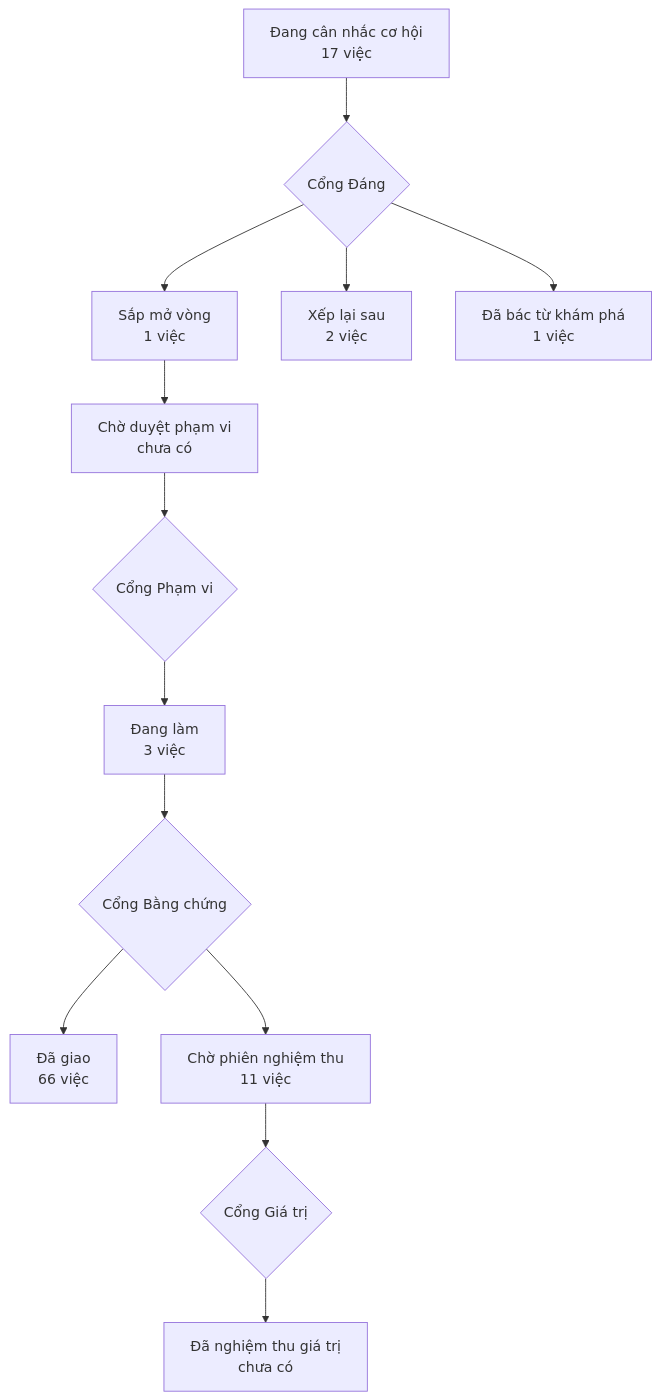
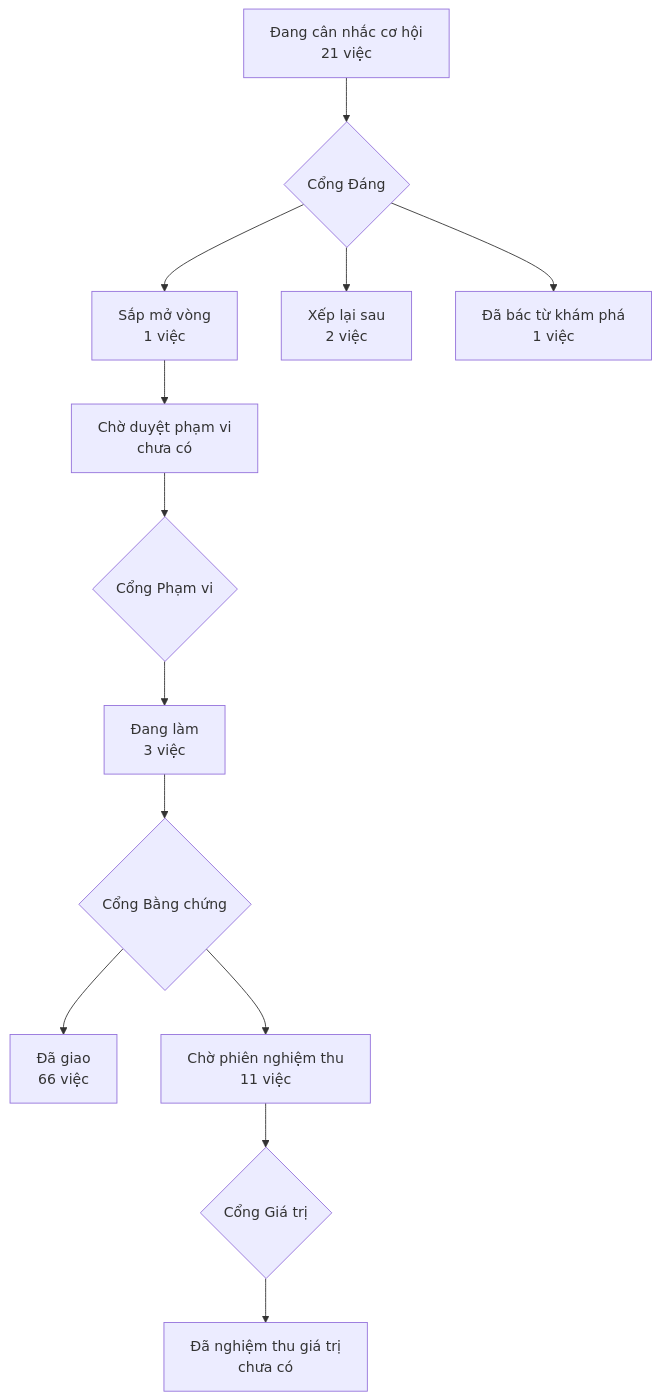
The diagram in PRODUCT-MAP.md (phanlemanh/acceptance-gate-kit), drawn with Mermaid before and after one commit. The commit also changed other lines of this file and 9 other files, not shown here.

````diff
--- a/PRODUCT-MAP.md
+++ b/PRODUCT-MAP.md
@@ -6,12 +6,12 @@
 ```mermaid
 flowchart TD
-  A["Đang cân nhắc cơ hội<br/>17 việc"] --> GD{"Cổng Đáng"}
+  A["Đang cân nhắc cơ hội<br/>21 việc"] --> GD{"Cổng Đáng"}
   GD --> B["Sắp mở vòng<br/>1 việc"]
   GD --> XL["Xếp lại sau<br/>2 việc"]
   GD --> DB["Đã bác từ khám phá<br/>1 việc"]
   B --> CD["Chờ duyệt phạm vi<br/>chưa có"] --> GP{"Cổng Phạm vi"}
   GP --> DL["Đang làm<br/>3 việc"] --> GB{"Cổng Bằng chứng"}
   GB --> DG["Đã giao<br/>66 việc"]
   GB --> CN["Chờ phiên nghiệm thu<br/>11 việc"] --> GG{"Cổng Giá trị"}
   GG --> NT["Đã nghiệm thu giá trị<br/>chưa có"]
 ```
````
